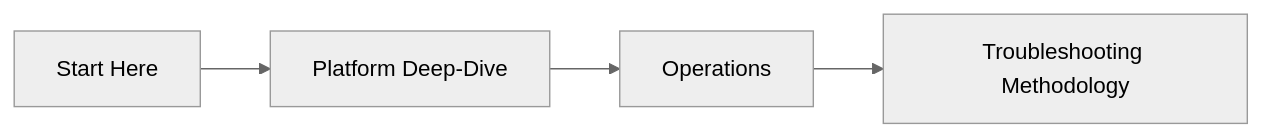
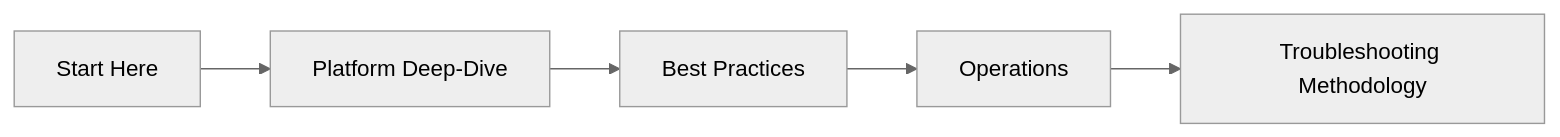
Before and after one commit to yeongseon/azure-app-service-practical-guide: the second of 3 diagrams in docs/start-here/learning-paths.md, drawn with Mermaid (neutral theme). The commit also changed other lines of this file and 81 other files, not shown here.

Commit message:
feat: add best practices section, upgrade all 16 playbooks and 10 lab guides with real Azure evidence, add troubleshooting decision tree/evidence map/mental model, update nav and meta docs

````diff
--- a/docs/start-here/learning-paths.md
+++ b/docs/start-here/learning-paths.md
@@ -40,6 +41,7 @@
 ```mermaid
 graph LR
     A[Start Here] --> B[Platform Deep-Dive]
-    B --> C[Operations]
+    B --> BP[Best Practices]
+    BP --> C[Operations]
     C --> D[Troubleshooting Methodology]
 ```
````
